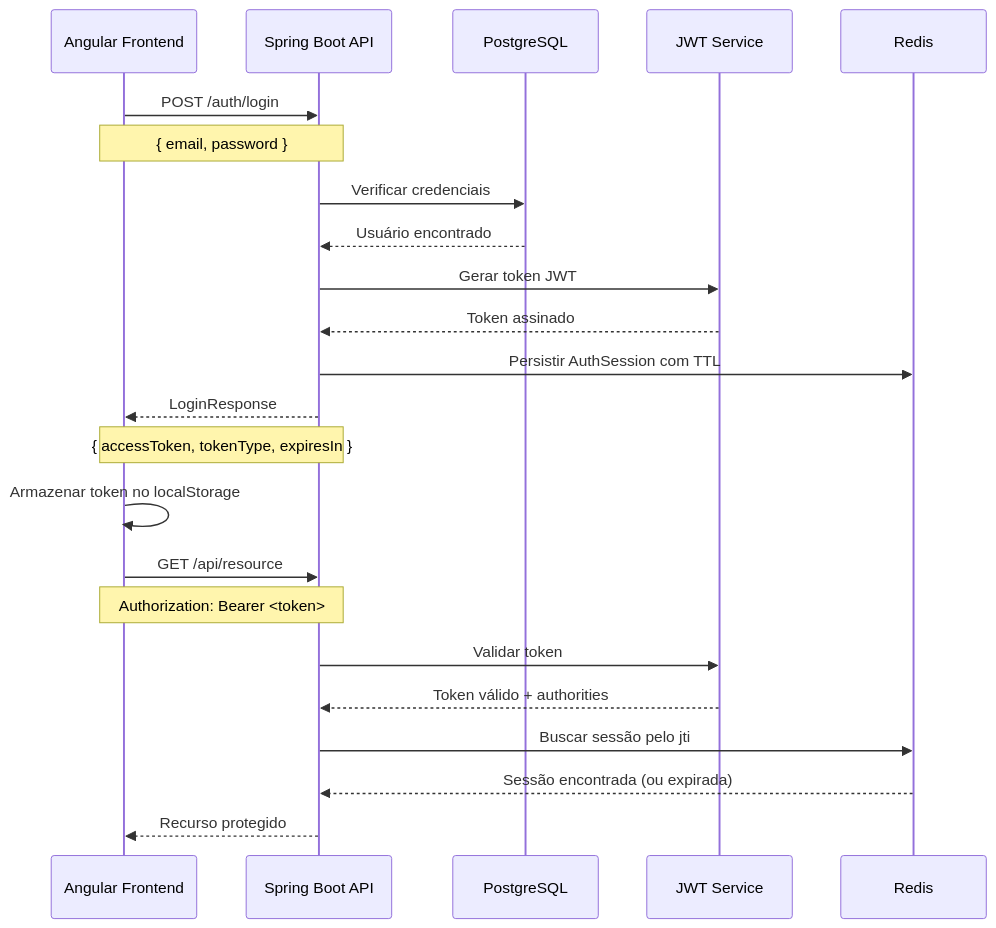
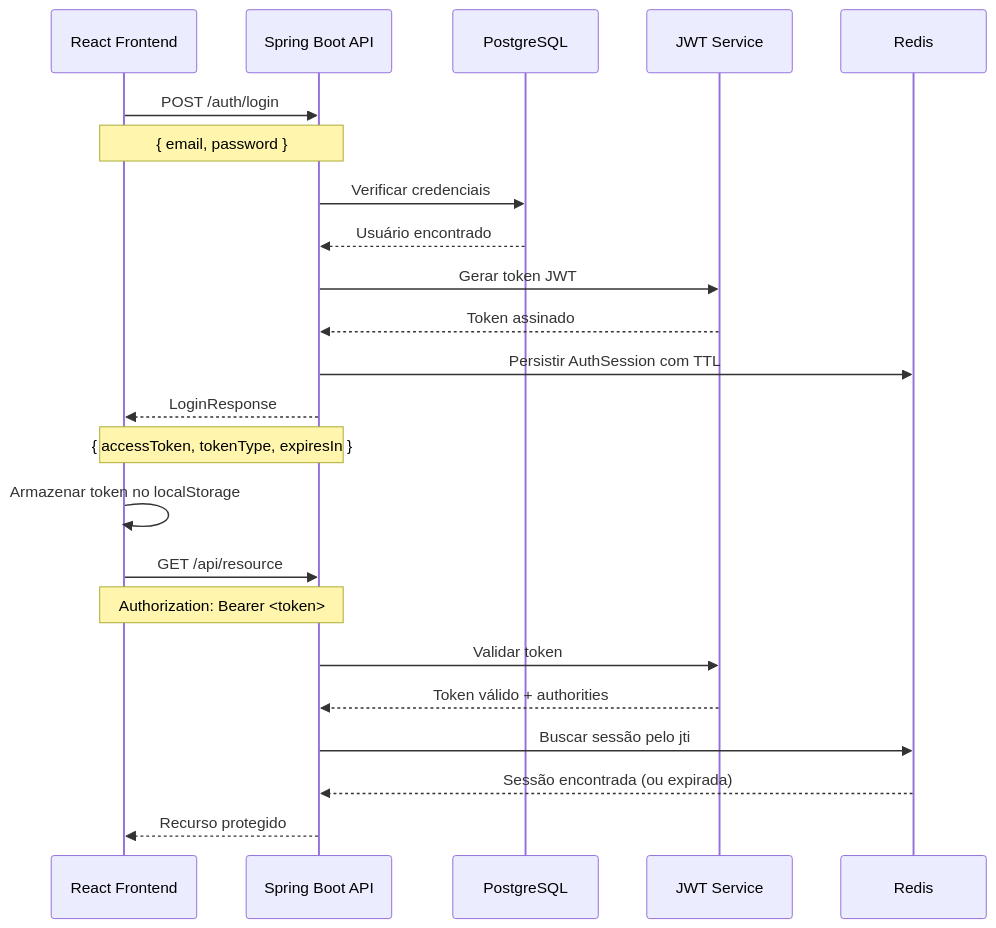
One commit to brunocesaromax/bc-finances changed the diagram in docs/security/authentication.md. Above: the diagram before and after it, drawn with Mermaid. The commit also changed other lines of this file and 6 other files, not shown here.

````diff
--- a/docs/security/authentication.md
+++ b/docs/security/authentication.md
@@ -17,32 +17,32 @@
 ```mermaid
 sequenceDiagram
-    participant Frontend as Angular Frontend
+    participant Frontend as React Frontend
     participant Backend as Spring Boot API
     participant DB as PostgreSQL
     participant JWT as JWT Service
 
     Frontend->>Backend: POST /auth/login
     Note over Frontend,Backend: { email, password }
     
     Backend->>DB: Verificar credenciais
     DB-->>Backend: Usuário encontrado
     
     Backend->>JWT: Gerar token JWT
     JWT-->>Backend: Token assinado
     Backend->>Redis: Persistir AuthSession com TTL
     
     Backend-->>Frontend: LoginResponse
     Note over Backend,Frontend: { accessToken, tokenType, expiresIn }
     
     Frontend->>Frontend: Armazenar token no localStorage
     
     Frontend->>Backend: GET /api/resource
     Note over Frontend,Backend: Authorization: Bearer <token>
     
     Backend->>JWT: Validar token
     JWT-->>Backend: Token válido + authorities
     Backend->>Redis: Buscar sessão pelo jti
     Redis-->>Backend: Sessão encontrada (ou expirada)
     
     Backend-->>Frontend: Recurso protegido
 ```
````
